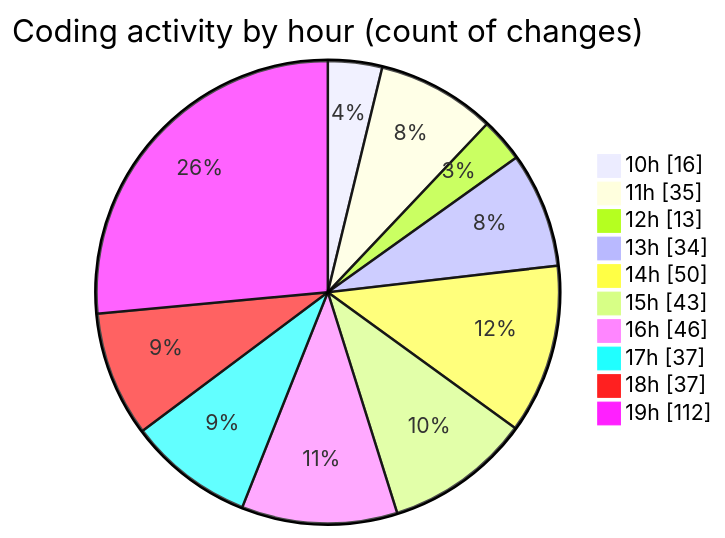
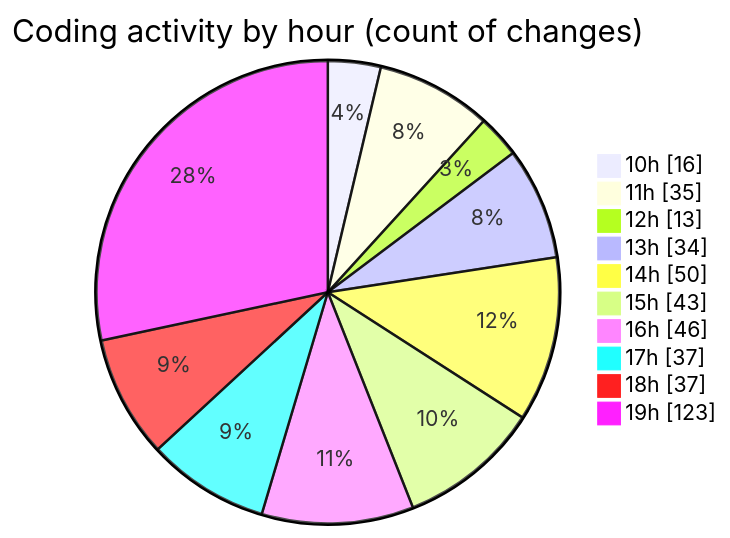
The second of 2 diagrams in 2025-02-20/micros/README.md (charlie-sans/code-tracking), drawn with Mermaid before and after one commit. The commit also changed other lines of this file and 1 other file, not shown here.

````diff
--- a/2025-02-20/micros/README.md
+++ b/2025-02-20/micros/README.md
@@ -107,14 +112,14 @@
 ```mermaid
 pie showData
 title Coding activity by hour (count of changes)
 "10h" : 16
 "11h" : 35
 "12h" : 13
 "13h" : 34
 "14h" : 50
 "15h" : 43
 "16h" : 46
 "17h" : 37
 "18h" : 37
-"19h" : 112
+"19h" : 123
 ```
````
